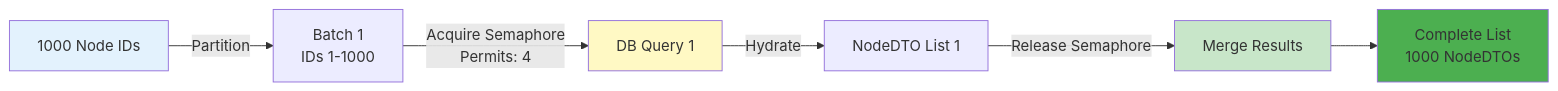
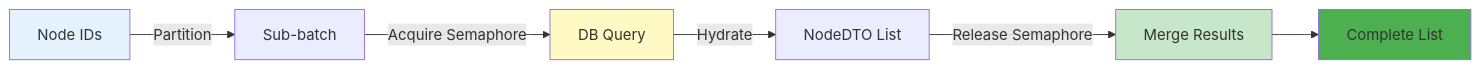
One commit to kagit00/schedule_x changed the ninth of 25 diagrams in docs/Low Level Designs/ScheduledPotentialMatchesCreation.md. Above: the diagram before and after it, drawn with Mermaid. The commit also changed other lines of this file and 7 other files, not shown here.

````diff
--- a/docs/Low Level Designs/ScheduledPotentialMatchesCreation.md
+++ b/docs/Low Level Designs/ScheduledPotentialMatchesCreation.md
@@ -487,17 +395,17 @@
 ```mermaid
 graph LR
-    A[1000 Node IDs] -->|Partition| B1[Batch 1<br/>IDs 1-1000]
-    
-    B1 -->|Acquire Semaphore<br/>Permits: 4| C1[DB Query 1]
-    
-    C1 -->|Hydrate| D1[NodeDTO List 1]
-    
+    A[Node IDs] -->|Partition| B1[Sub-batch]
+   
+    B1 -->|Acquire Semaphore| C1[DB Query]
+   
+    C1 -->|Hydrate| D1[NodeDTO List]
+   
     D1 -->|Release Semaphore| E[Merge Results]
-    
-    E --> F[Complete List<br/>1000 NodeDTOs]
-    
+   
+    E --> F[Complete List]
+   
     style A fill:#E3F2FD
     style C1 fill:#FFF9C4
     style E fill:#C8E6C9
     style F fill:#4CAF50
 ```
````
